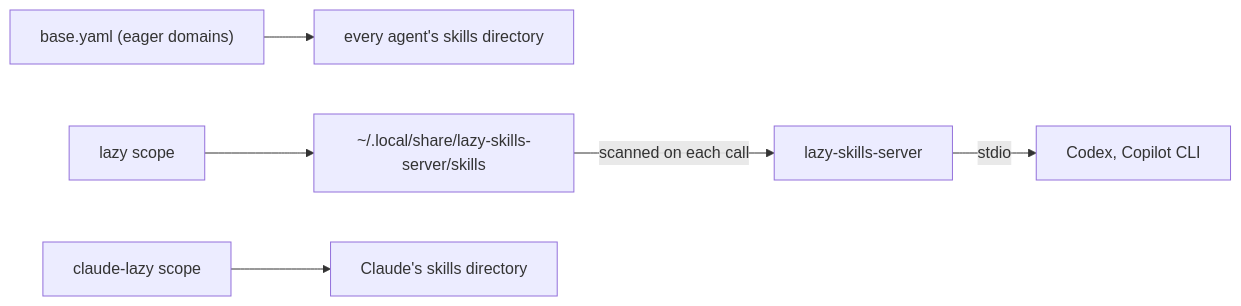
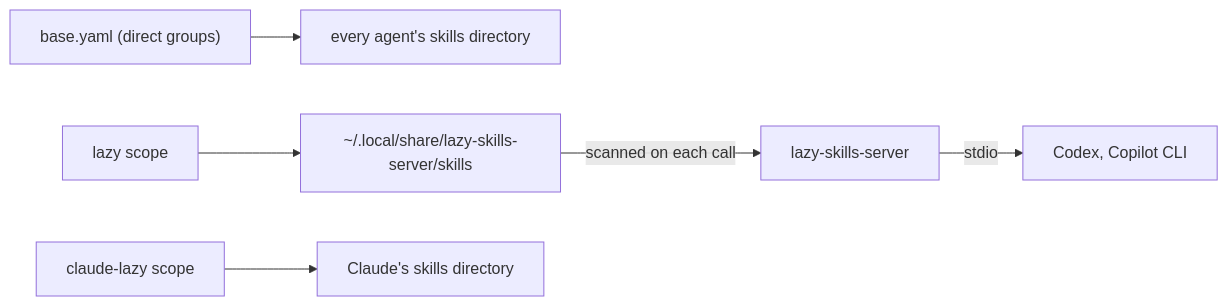
The diagram in README.md (jonatsu/lazy-skills-mcp), drawn with Mermaid before and after one commit. The commit also changed other lines of this file, not shown here.

First line of the commit message:
docs(lazy-skills): document the lazy/ tree and archive its plan

````diff
--- a/README.md
+++ b/README.md
@@ -29,8 +29,8 @@
 ```mermaid
 flowchart LR
-    base["base.yaml (eager domains)"] --> native["every agent's skills directory"]
+    base["base.yaml (direct groups)"] --> native["every agent's skills directory"]
     lazy["lazy scope"] --> dir["~/.local/share/lazy-skills-server/skills"]
     claudelazy["claude-lazy scope"] --> claude["Claude's skills directory"]
     dir -->|scanned on each call| server["lazy-skills-server"]
     server -->|stdio| agents["Codex, Copilot CLI"]
 ```
````
